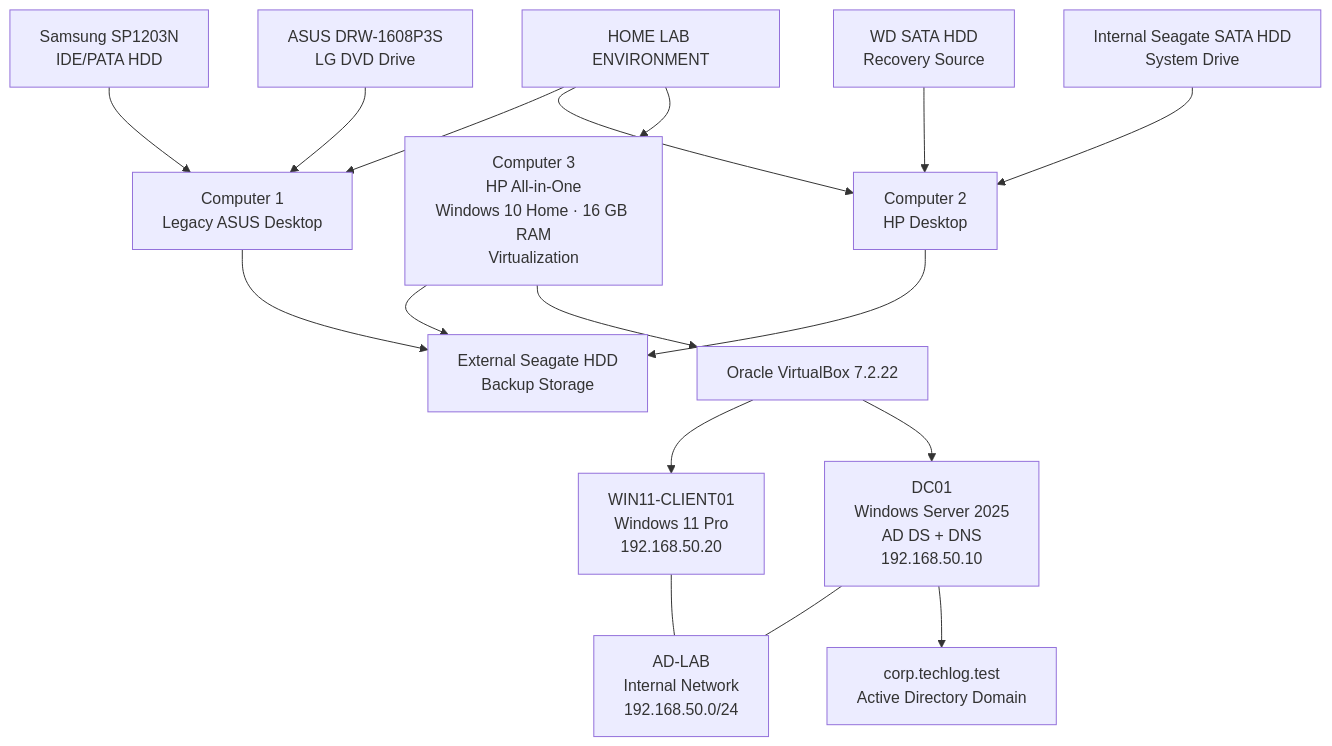
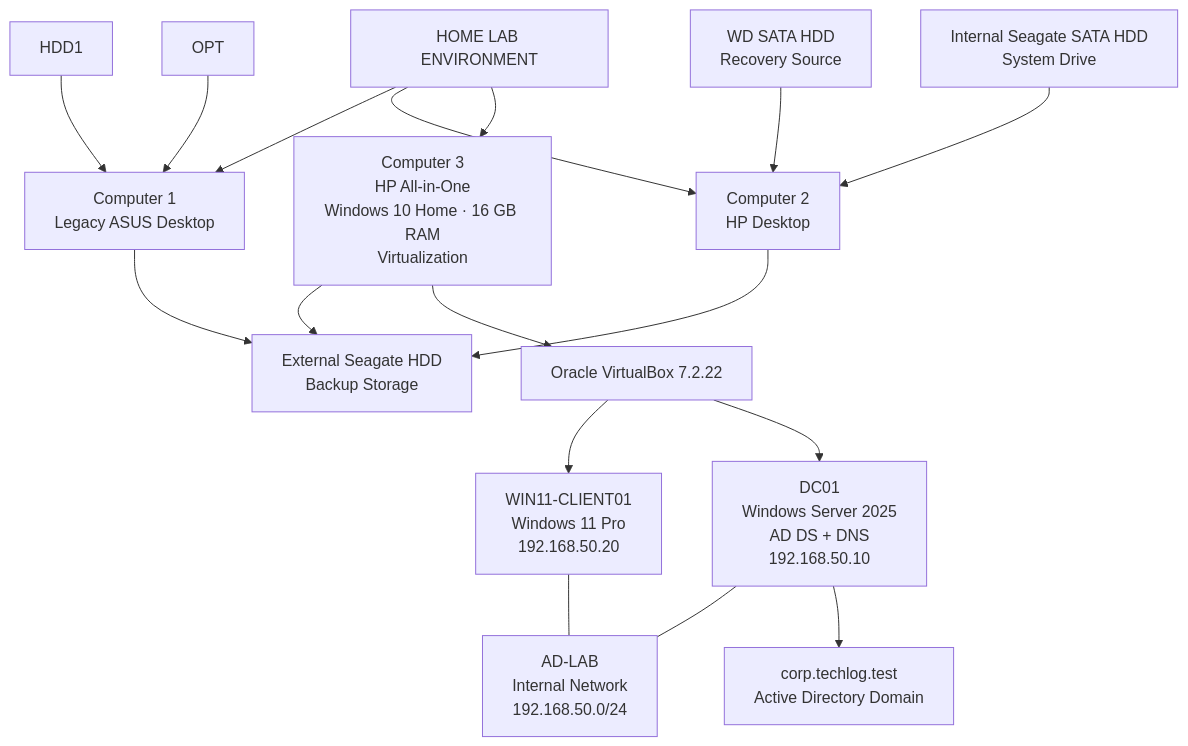
The second of 2 diagrams in PROJECTS/01-lab-environment/lab-environment-overview.md (aang81a/my-it-support-portfolio), drawn with Mermaid before and after one commit.

````diff
--- a/PROJECTS/01-lab-environment/lab-environment-overview.md
+++ b/PROJECTS/01-lab-environment/lab-environment-overview.md
@@ -47,41 +47,39 @@
 ```mermaid
 flowchart TB
     HOME["HOME LAB ENVIRONMENT"]
 
     C1["Computer 1<br/>Legacy ASUS Desktop<br/>"]
     C2["Computer 2<br/>HP Desktop<br/>"]
     C3["Computer 3<br/>HP All-in-One<br/>Windows 10 Home · 16 GB RAM<br/>Virtualization"]
 
-    HDD1["Samsung SP1203N<br/>IDE/PATA HDD"]
-    OPT["ASUS DRW-1608P3S<br/>LG DVD Drive"]
     HDD2["WD SATA HDD<br/>Recovery Source"]
     HDD3["Internal Seagate SATA HDD<br/>System Drive"]
 
     BACKUP["External Seagate HDD<br/>Backup Storage"]
 
     VB["Oracle VirtualBox 7.2.22"]
     CLIENT["WIN11-CLIENT01<br/>Windows 11 Pro<br/>192.168.50.20"]
     SERVER["DC01<br/>Windows Server 2025<br/>AD DS + DNS<br/>192.168.50.10"]
     NETWORK["AD-LAB<br/>Internal Network<br/>192.168.50.0/24"]
     DOMAIN["corp.techlog.test<br/>Active Directory Domain"]
 
     HOME --> C1
     HOME --> C2
     HOME --> C3
 
     HDD1 --> C1
     OPT --> C1
     HDD2 --> C2
     HDD3 --> C2
 
     C1 --> BACKUP
     C2 --> BACKUP
     C3 --> BACKUP
 
     C3 --> VB
     VB --> CLIENT
     VB --> SERVER
     CLIENT --- NETWORK
     SERVER --- NETWORK
     SERVER --> DOMAIN
 ```
````
